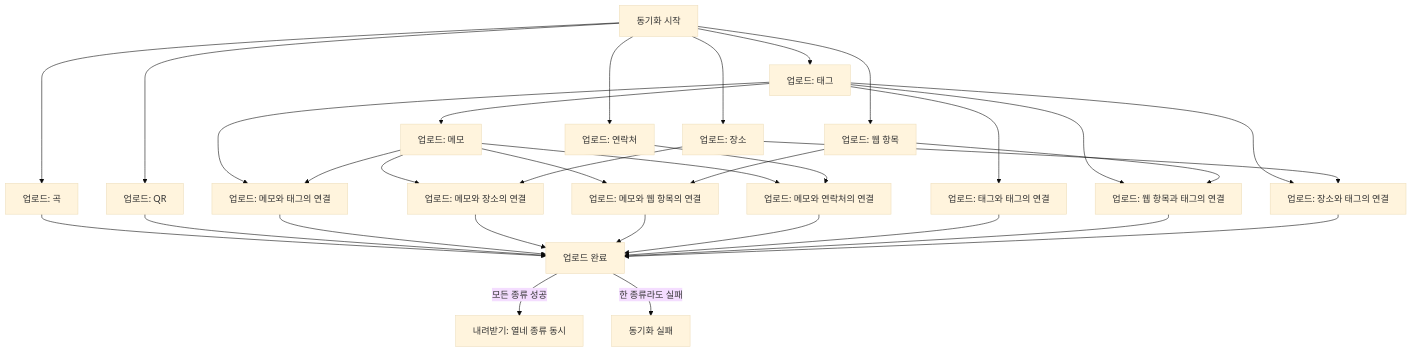
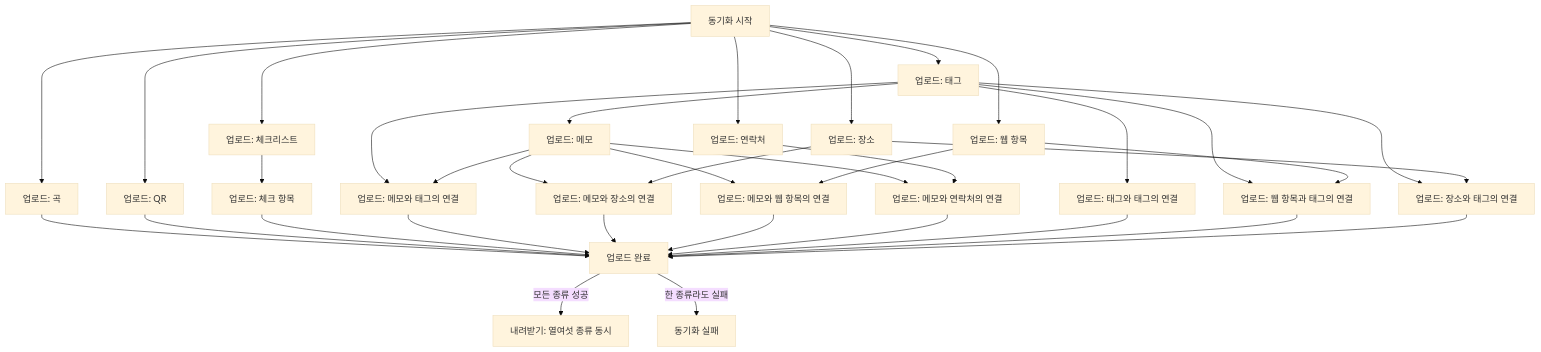
One commit to taetae98coding/DiaryKMP changed the second of 3 diagrams in docs/spec/client/data-sync.md. Above: the diagram before and after it, drawn with Mermaid (base theme). The commit also changed other lines of this file and 42 other files, not shown here.

````diff
--- a/docs/spec/client/data-sync.md
+++ b/docs/spec/client/data-sync.md
@@ -79,34 +81,37 @@
 ```mermaid
 flowchart TD
     Start["동기화 시작"] --> UploadTag["업로드: 태그"]
     Start --> UploadPlace["업로드: 장소"]
     Start --> UploadWeb["업로드: 웹 항목"]
     Start --> UploadContact["업로드: 연락처"]
     Start --> UploadMusic["업로드: 곡"]
     Start --> UploadQr["업로드: QR"]
+    Start --> UploadChecklist["업로드: 체크리스트"]
+    UploadChecklist --> UploadChecklistItem["업로드: 체크 항목"]
     UploadTag --> UploadMemo["업로드: 메모"]
     UploadTag --> UploadMemoTag["업로드: 메모와 태그의 연결"]
     UploadTag --> UploadTagLink["업로드: 태그와 태그의 연결"]
     UploadTag --> UploadWebTag["업로드: 웹 항목과 태그의 연결"]
     UploadTag --> UploadPlaceTag["업로드: 장소와 태그의 연결"]
     UploadMemo --> UploadMemoTag
     UploadMemo --> UploadMemoPlace["업로드: 메모와 장소의 연결"]
     UploadMemo --> UploadMemoWeb["업로드: 메모와 웹 항목의 연결"]
     UploadMemo --> UploadMemoContact["업로드: 메모와 연락처의 연결"]
     UploadPlace --> UploadMemoPlace
     UploadPlace --> UploadPlaceTag
     UploadWeb --> UploadWebTag
     UploadWeb --> UploadMemoWeb
     UploadContact --> UploadMemoContact
     UploadMusic --> Uploaded["업로드 완료"]
     UploadQr --> Uploaded
+    UploadChecklistItem --> Uploaded
     UploadMemoTag --> Uploaded
     UploadMemoPlace --> Uploaded
     UploadMemoWeb --> Uploaded
     UploadMemoContact --> Uploaded
     UploadTagLink --> Uploaded
     UploadWebTag --> Uploaded
     UploadPlaceTag --> Uploaded
-    Uploaded -- 모든 종류 성공 --> Download["내려받기: 열네 종류 동시"]
+    Uploaded -- 모든 종류 성공 --> Download["내려받기: 열여섯 종류 동시"]
     Uploaded -- 한 종류라도 실패 --> Failed["동기화 실패"]
 ```
````
